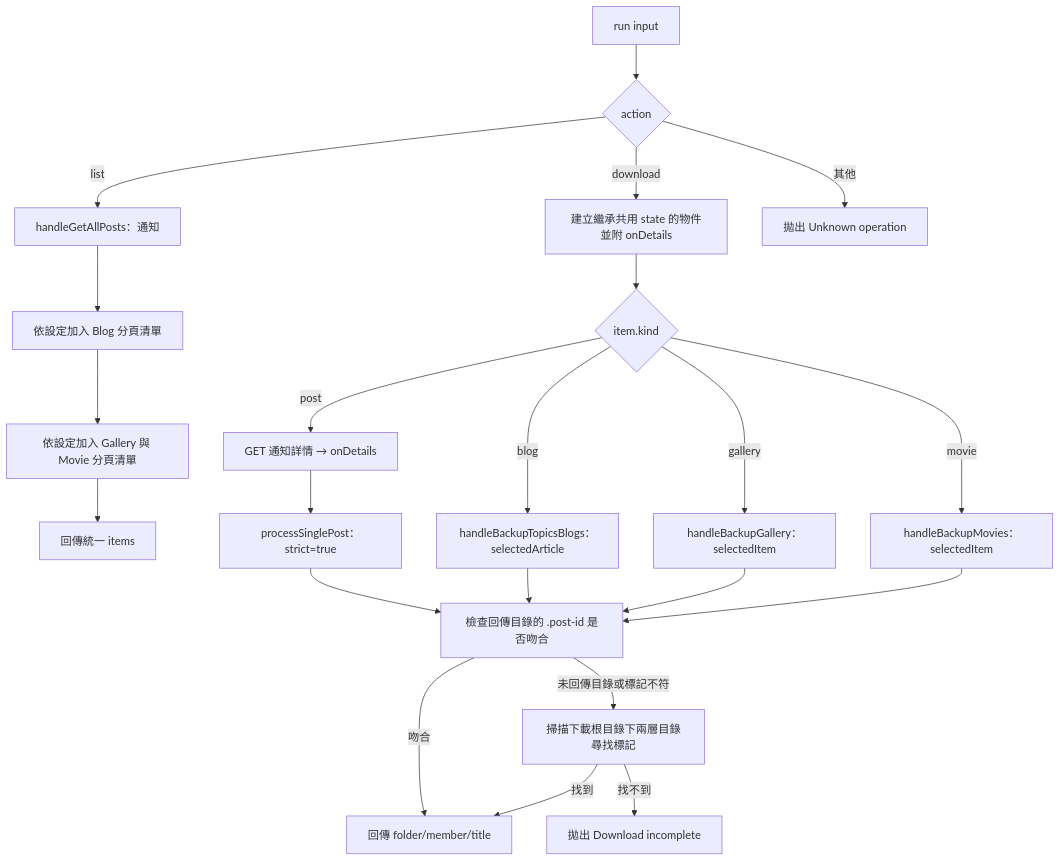
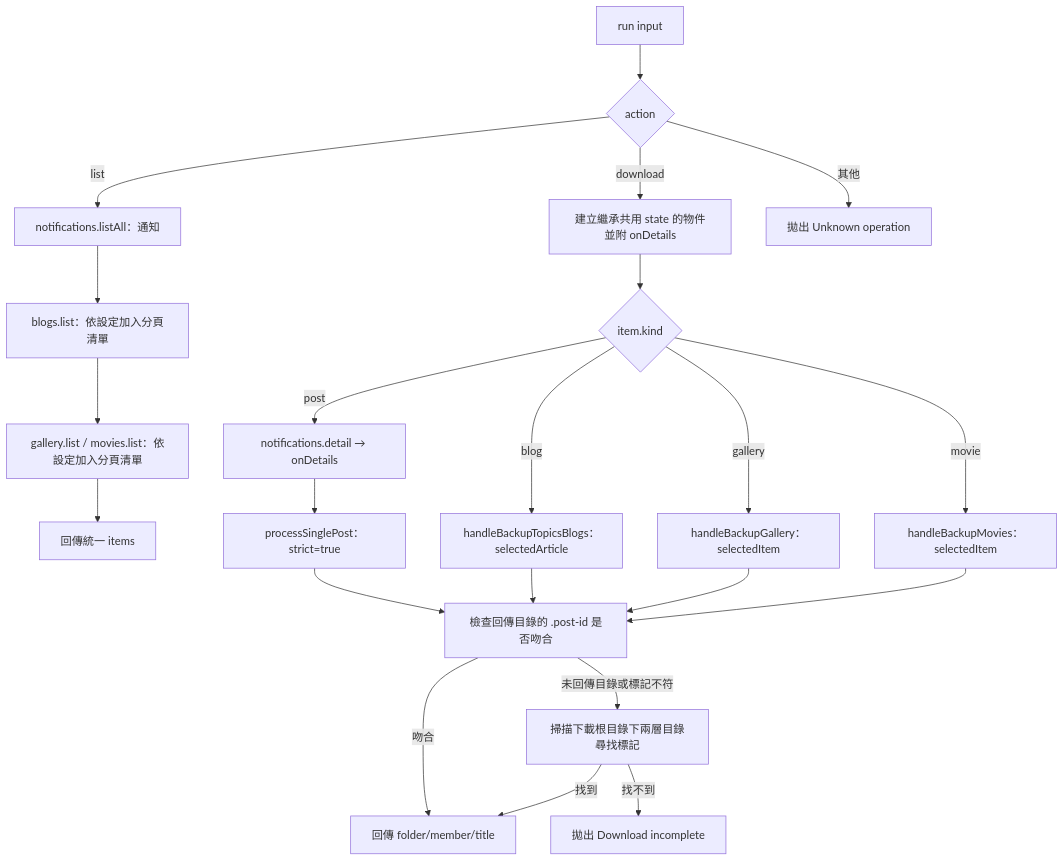
Before and after one commit to Senachi124/TakanekoFanClubDownloader: the second of 6 diagrams in docs/core-processing.md, drawn with Mermaid. The commit also changed other lines of this file and 23 other files, not shown here.

````diff
--- a/docs/core-processing.md
+++ b/docs/core-processing.md
@@ -50,24 +52,24 @@
 ```mermaid
 flowchart TD
     Input[run input] --> Action{action}
-    Action -->|list| Posts[handleGetAllPosts：通知]
-    Posts --> Blogs[依設定加入 Blog 分頁清單]
-    Blogs --> Official[依設定加入 Gallery 與 Movie 分頁清單]
+    Action -->|list| Posts[notifications.listAll：通知]
+    Posts --> Blogs[blogs.list：依設定加入分頁清單]
+    Blogs --> Official[gallery.list / movies.list：依設定加入分頁清單]
     Official --> Items[回傳統一 items]
     Action -->|download| State[建立繼承共用 state 的物件並附 onDetails]
     State --> Kind{item.kind}
-    Kind -->|post| PostDetail[GET 通知詳情 → onDetails]
+    Kind -->|post| PostDetail[notifications.detail → onDetails]
     PostDetail --> Post[processSinglePost：strict=true]
     Kind -->|blog| Blog[handleBackupTopicsBlogs：selectedArticle]
     Kind -->|gallery| Gallery[handleBackupGallery：selectedItem]
     Kind -->|movie| Movie[handleBackupMovies：selectedItem]
     Post --> Verify[檢查回傳目錄的 .post-id 是否吻合]
     Blog --> Verify
     Gallery --> Verify
     Movie --> Verify
     Verify -->|吻合| Done[回傳 folder/member/title]
     Verify -->|未回傳目錄或標記不符| Fallback[掃描下載根目錄下兩層目錄尋找標記]
     Fallback -->|找到| Done
     Fallback -->|找不到| Incomplete[拋出 Download incomplete]
     Action -->|其他| Invalid[拋出 Unknown operation]
 ```
````
